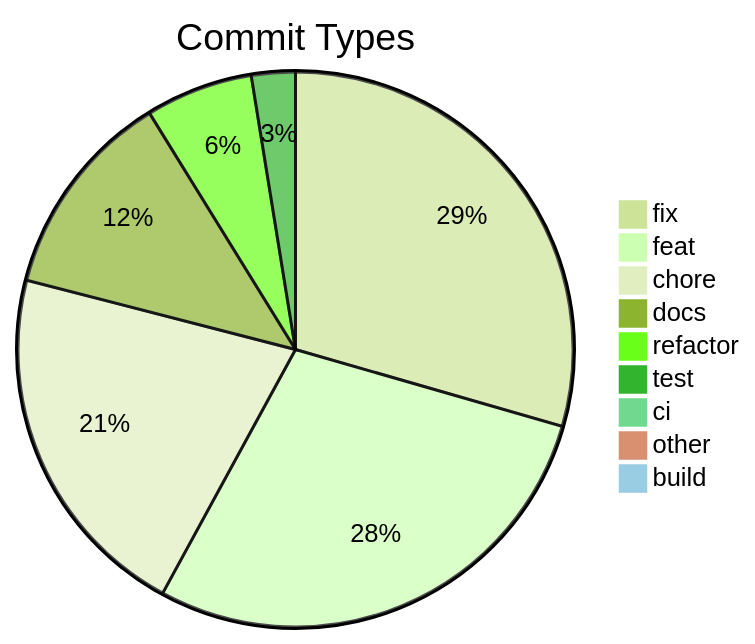
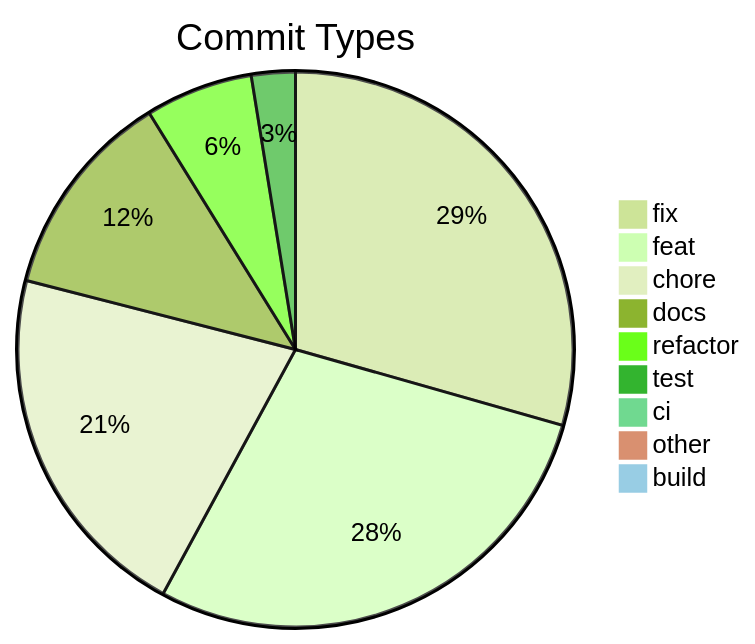
One commit to svenroth-ai/shipwright changed the diagram in .shipwright/compliance/change-history.md. Above: the diagram before and after it, drawn with Mermaid (forest theme). The commit also changed other lines of this file and 41 other files, not shown here.

````diff
--- a/.shipwright/compliance/change-history.md
+++ b/.shipwright/compliance/change-history.md
@@ -10,12 +10,12 @@
 ```mermaid
 pie title Commit Types
-    "fix" : 358
+    "fix" : 357
     "feat" : 346
     "chore" : 256
     "docs" : 148
     "refactor" : 76
     "test" : 31
     "ci" : 11
     "other" : 9
     "build" : 1
 ```
````
